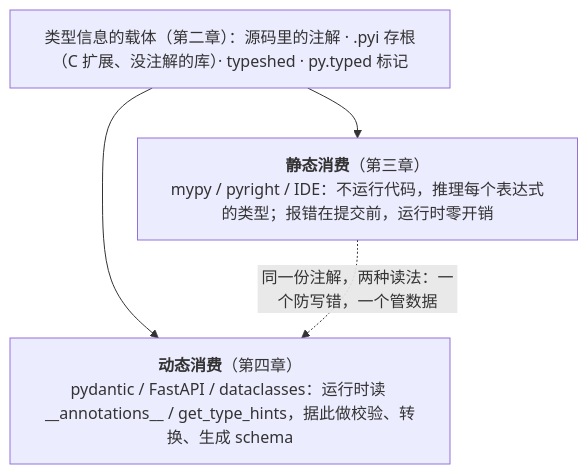
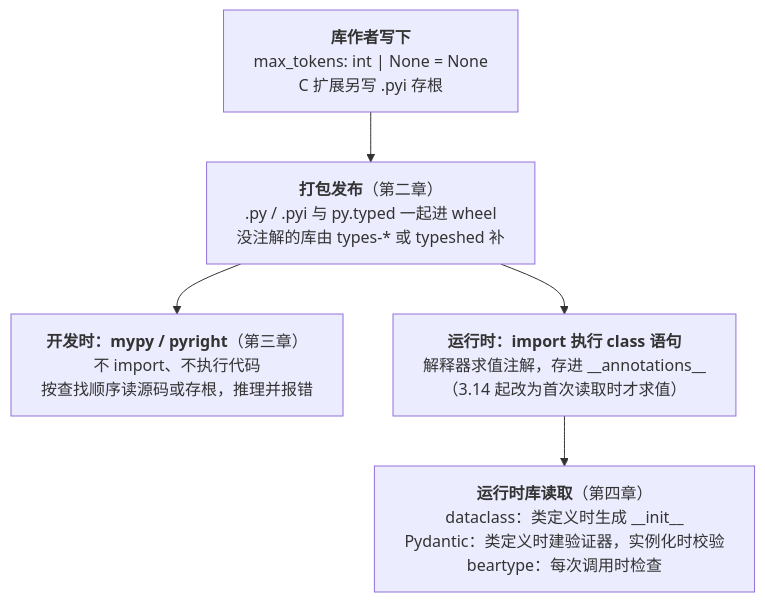
The first of 5 diagrams in _posts/2026-01-25-python-type-information-distribution-and-consumption.md (arganzheng/arganzheng.github.com), drawn with Mermaid before and after one commit. The commit also changed other lines of this file and 1 other file, not shown here.

Commit message:
02 上/中：修正 type[C]、Annotated、get_type_hints 版本差异等表述；补两幅机制图并就近化 Java 对照

````diff
--- a/_posts/2026-01-25-python-type-information-distribution-and-consumption.md
+++ b/_posts/2026-01-25-python-type-information-distribution-and-consumption.md
@@ -25,10 +27,10 @@
 ```mermaid
-%%{init: {"flowchart": {"wrappingWidth": 380}}}%%
-%% 图：类型信息的载体与两种消费：静态检查器与运行时库读同一份注解
+%%{init: {"flowchart": {"wrappingWidth": 330}}}%%
+%% 图：一行注解从写下、发布到被静态检查器和运行时库读取的路径
 flowchart TB
-    SRC["类型信息的载体（第二章）：源码里的注解 · .pyi 存根（C 扩展、没注解的库）· typeshed · py.typed 标记"]
-    SRC --> ST["<b>静态消费</b>（第三章）<br/>mypy / pyright / IDE：不运行代码，推理每个表达式的类型；报错在提交前，运行时零开销"]
-    SRC --> RT["<b>动态消费</b>（第四章）<br/>pydantic / FastAPI / dataclasses：运行时读 __annotations__ / get_type_hints，据此做校验、转换、生成 schema"]
-    ST -. "同一份注解，两种读法：一个防写错，一个管数据" .-> RT
-
+    W["<b>库作者写下</b><br/>max_tokens: int | None = None<br/>C 扩展另写 .pyi 存根"]
+    W --> PUB["<b>打包发布</b>（第二章）<br/>.py / .pyi 与 py.typed 一起进 wheel<br/>没注解的库由 types-* 或 typeshed 补"]
+    PUB --> ST["<b>开发时：mypy / pyright</b>（第三章）<br/>不 import、不执行代码<br/>按查找顺序读源码或存根，推理并报错"]
+    PUB --> IMP["<b>运行时：import 执行 class 语句</b><br/>解释器求值注解，存进 __annotations__<br/>（3.14 起改为首次读取时才求值）"]
+    IMP --> RT["<b>运行时库读取</b>（第四章）<br/>dataclass：类定义时生成 __init__<br/>Pydantic：类定义时建验证器，实例化时校验<br/>beartype：每次调用时检查"]
 ```
````
